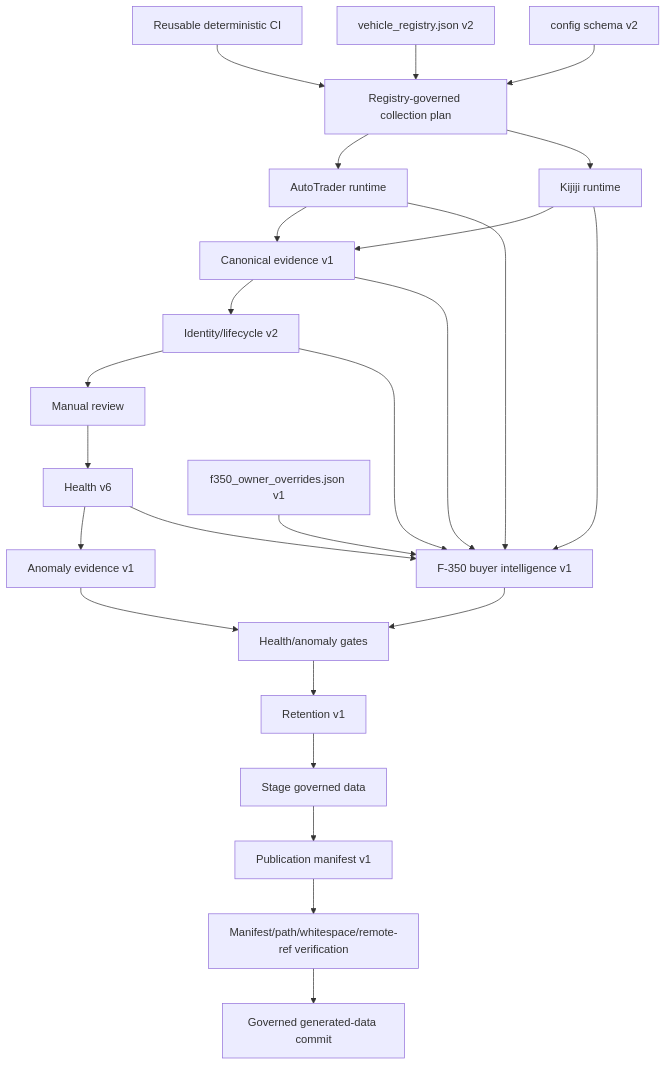
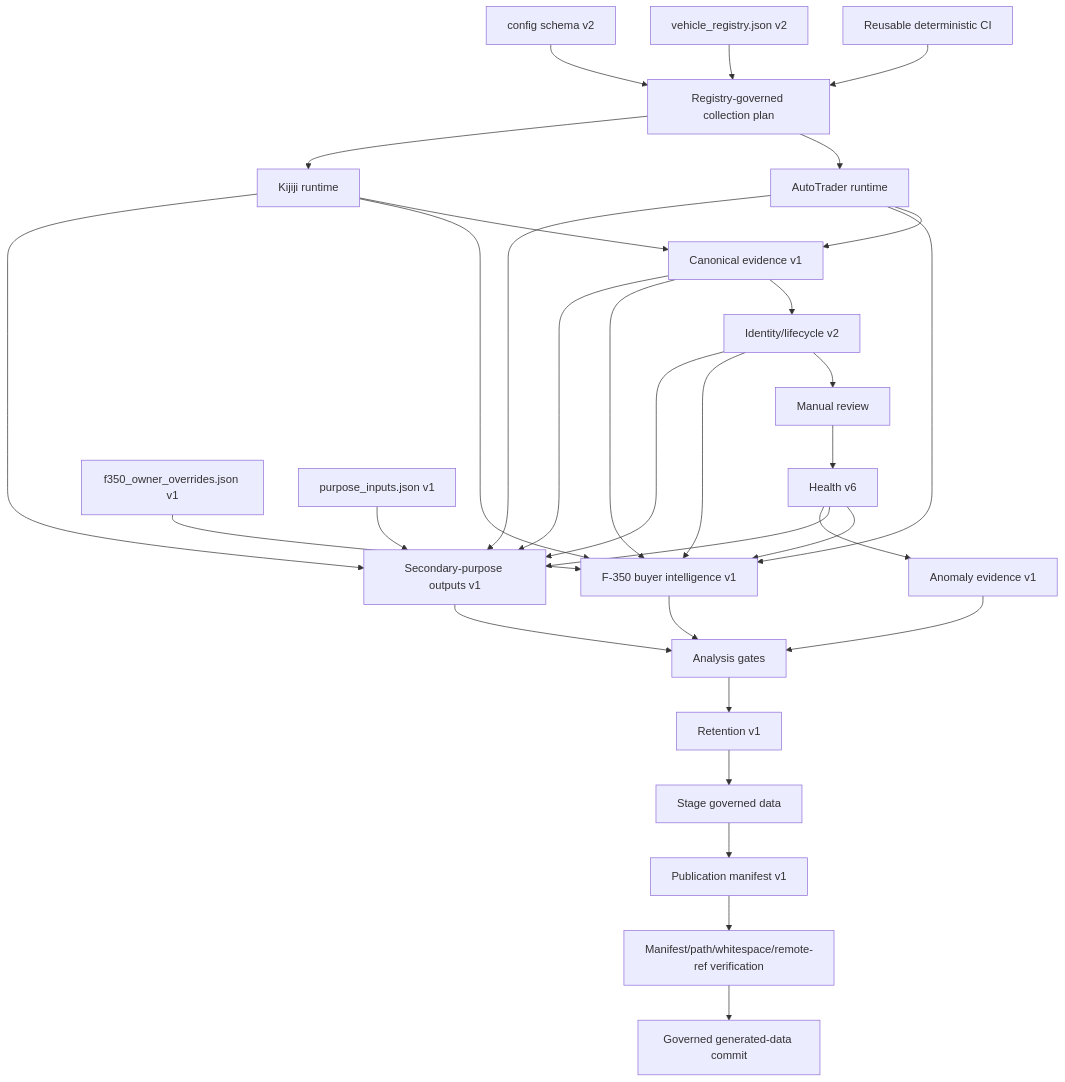
Before and after one commit to Stryker-maker/vehicle_scraper: the diagram in docs/ARCHITECTURE_AND_DATA_FLOW.md, drawn with Mermaid. The commit also changed other lines of this file, not shown here.

Commit message:
Add secondary-purpose architecture and data flow

````diff
--- a/docs/ARCHITECTURE_AND_DATA_FLOW.md
+++ b/docs/ARCHITECTURE_AND_DATA_FLOW.md
@@ -170,27 +178,34 @@
 ```mermaid
 flowchart TD
     CI[Reusable deterministic CI] --> P[Registry-governed collection plan]
     R[vehicle_registry.json v2] --> P
     C[config schema v2] --> P
     P --> AR[AutoTrader runtime]
     P --> KR[Kijiji runtime]
     AR --> CE[Canonical evidence v1]
     KR --> CE
     CE --> IL[Identity/lifecycle v2]
     IL --> MR[Manual review]
     MR --> H[Health v6]
-    H --> A[Anomaly evidence v1]
     H --> BI[F-350 buyer intelligence v1]
+    H --> PO[Secondary-purpose outputs v1]
     CE --> BI
+    CE --> PO
     IL --> BI
+    IL --> PO
     AR --> BI
     KR --> BI
+    AR --> PO
+    KR --> PO
     O[f350_owner_overrides.json v1] --> BI
-    A --> HG[Health/anomaly gates]
-    BI --> HG
-    HG --> SR[Retention v1]
+    PI[purpose_inputs.json v1] --> PO
+    H --> A[Anomaly evidence v1]
+    BI --> G[Analysis gates]
+    PO --> G
+    A --> G
+    G --> SR[Retention v1]
     SR --> S[Stage governed data]
     S --> PM[Publication manifest v1]
     PM --> V[Manifest/path/whitespace/remote-ref verification]
     V --> GC[Governed generated-data commit]
 ```
````
